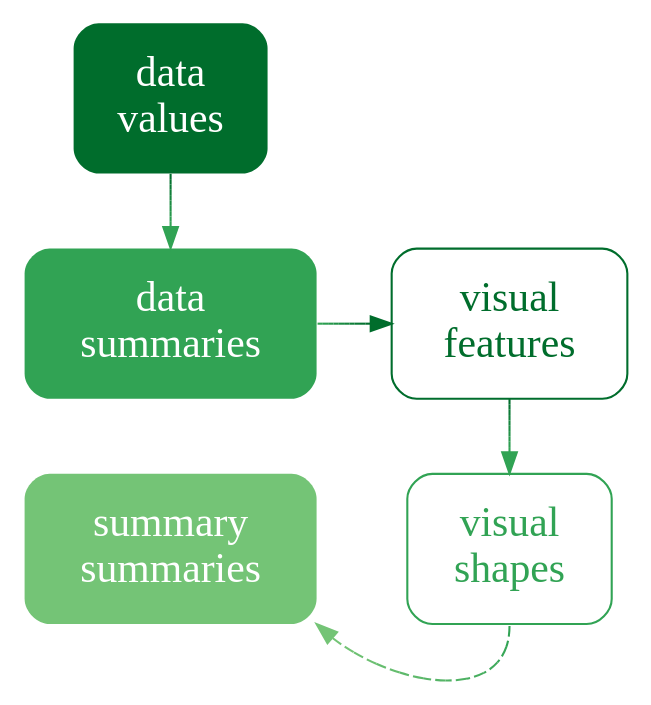
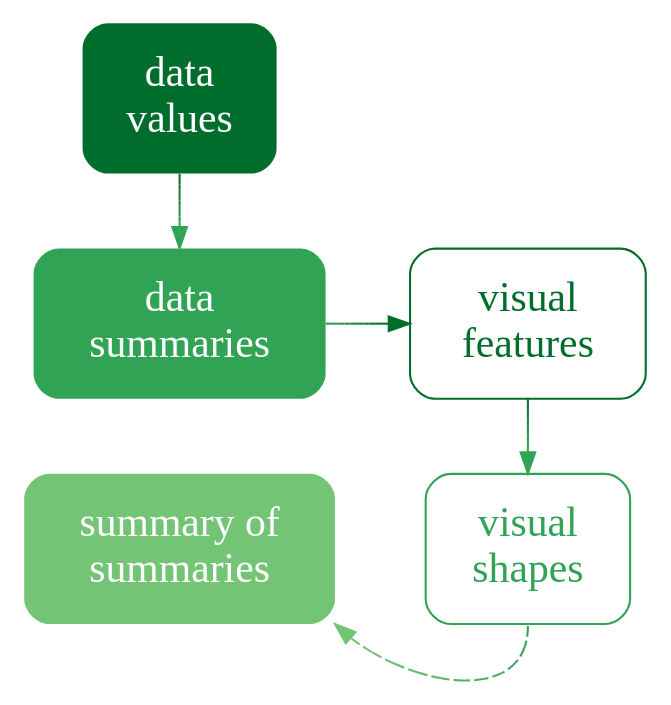
Before and after one commit to pmur002/hdvw: the diagram in Diagrams/data-stat-vis-shape-stat.dot, drawn with Graphviz. The commit also changed 320 other files, not shown here.

```diff
--- a/Diagrams/data-stat-vis-shape-stat.dot
+++ b/Diagrams/data-stat-vis-shape-stat.dot
@@ -1,18 +1,18 @@
 digraph {
   graph [ rankdir=LR; margin=.2; nodesep=.5 ];
   node [ fontsize=20; fontname="sans bold"; margin=.2 ];
   data [ label="data\nvalues"; shape=box; style="filled, rounded"; penwidth=0; fontcolor=white; fillcolor="#006D2C" ]
   stat [ label="data\nsummaries"; shape=box; style="filled, rounded"; penwidth=0; fontcolor=white; fillcolor="#31A354" ]
-  stat2 [ label="summary\nsummaries"; shape=box; style="filled, rounded"; penwidth=0; fontcolor=white; fillcolor="#74C476" ]
+  stat2 [ label="summary of\nsummaries"; shape=box; style="filled, rounded"; penwidth=0; fontcolor=white; fillcolor="#74C476" ]
   vis [ label="visual\nfeatures"; shape=box;
      style="rounded"; color="#006D2C"; fontcolor="#006D2C" ]
   shape [ label="visual\nshapes"; shape=box;
        style="rounded"; color="#31A354"; fontcolor="#31A354" ]
   data -> stat [ style="solid"; penwidth=1; color="#006D2C;0.1:#057330;0.1:#0B7935;0.1:#107F39;0.1:#16853E;0.1:#1B8B42;0.1:#219147;0.1:#26974B;0.1:#2C9D50;0.1:#31A354;0.1" ]
   stat -> vis [ style="bold"; penwidth=1; color="#31A354;0.1:#2C9D50;0.1:#26974B;0.1:#219147;0.1:#1B8B42;0.1:#16853E;0.1:#107F39;0.1:#0B7935;0.1:#057330;0.1:#006D2C;0.1" ]
   vis -> shape [ style="solid", color="#006D2C;0.1:#057330;0.1:#0B7935;0.1:#107F39;0.1:#16853E;0.1:#1B8B42;0.1:#219147;0.1:#26974B;0.1:#2C9D50;0.1:#31A354;0.1" ]
   shape:s -> stat2:se [ style="dashed", color="#31A354;0.1:#38A758;0.1:#40AA5C;0.1:#47AE5F;0.1:#4FB263;0.1:#56B567;0.1:#5EB96B;0.1:#65BD6E;0.1:#6DC072;0.1:#74C476;0.1" ]
 { rank=same; data, stat }
 { rank=same; data, stat2 }
 { rank=same; vis, shape }
 }
```
